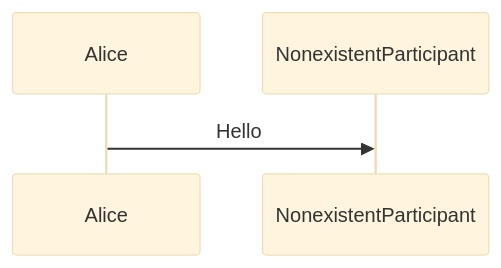
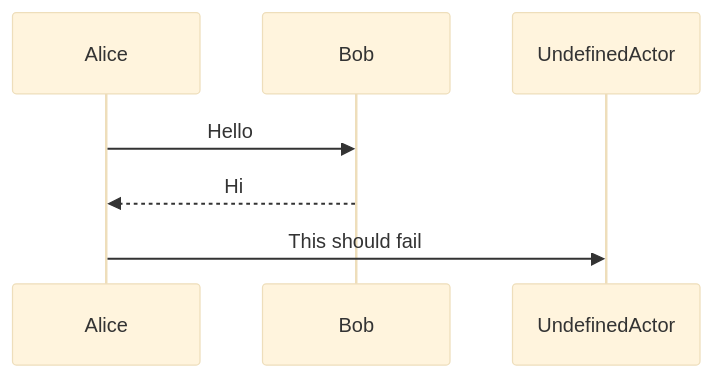
Diagram 21 of 42 in sites/testbed/docs/blogs/test/mermaid.md (Albert26193/vitepress-clear-blog), drawn with Mermaid (base theme) before and after one commit. The commit also changed other lines of this file and 1 other file, not shown here.

First line of the commit message:
fix(theme): #381 stabilize PostMermaid E2E negative samples test on CI

````diff
--- a/sites/testbed/docs/blogs/test/mermaid.md
+++ b/sites/testbed/docs/blogs/test/mermaid.md
@@ -363,5 +362,6 @@
 ```mermaid
 sequenceDiagram
-  participant Alice
-  Alice->>NonexistentParticipant: Hello
+  Alice->>Bob: Hello
+  Bob-->>Alice: Hi
+  Alice->>UndefinedActor: This should fail
 ```
````
